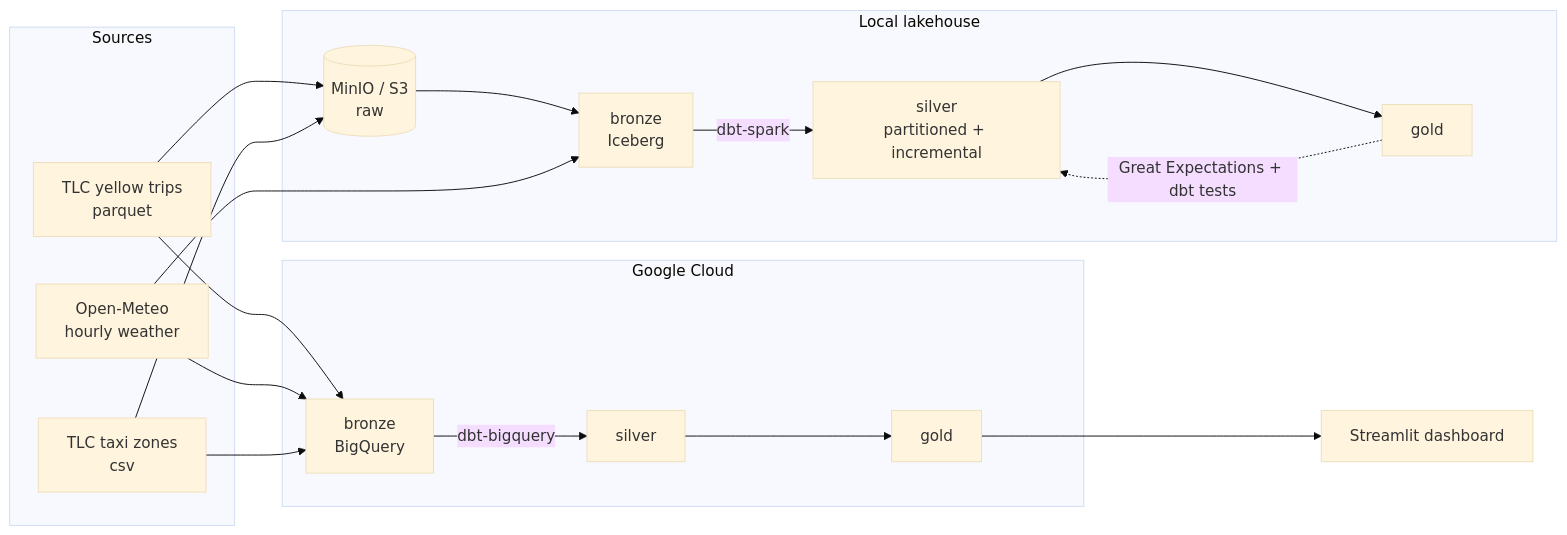
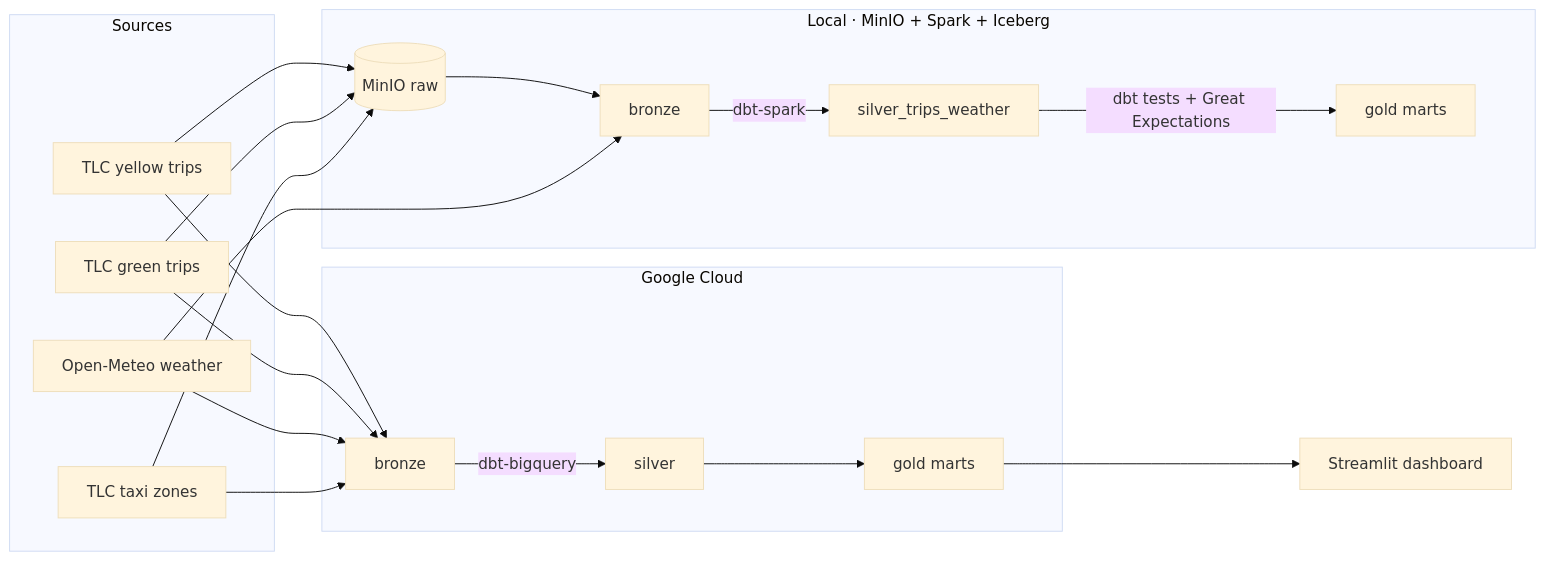
The diagram in README.md (Shubhangi-Mittal/nyc-taxi-weather-lakehouse), drawn with Mermaid (base theme) before and after one commit. The commit also changed other lines of this file, not shown here.

````diff
--- a/README.md
+++ b/README.md
@@ -42,37 +45,40 @@
 ```mermaid
 flowchart LR
     subgraph SRC[Sources]
-        TLC[TLC yellow trips<br/>parquet]
-        OM[Open-Meteo<br/>hourly weather]
-        TZ[TLC taxi zones<br/>csv]
+        Y[TLC yellow trips]
+        GR[TLC green trips]
+        OM[Open-Meteo weather]
+        TZ[TLC taxi zones]
     end
 
-    subgraph LOCAL[Local lakehouse]
-        MINIO[(MinIO / S3<br/>raw)]
-        BZ[bronze<br/>Iceberg]
-        SV[silver<br/>partitioned + incremental]
-        GD[gold]
+    subgraph LOCAL[Local · MinIO + Spark + Iceberg]
+        RAW[(MinIO raw)]
+        BZ[bronze]
+        SV[silver_trips_weather]
+        GD[gold marts]
     end
 
     subgraph CLOUD[Google Cloud]
-        BQB[bronze<br/>BigQuery]
+        BQB[bronze]
         BQS[silver]
-        BQG[gold]
+        BQG[gold marts]
     end
 
     DASH[Streamlit dashboard]
 
-    TLC --> MINIO
-    TZ --> MINIO
-    MINIO --> BZ
+    Y --> RAW
+    GR --> RAW
+    TZ --> RAW
+    RAW --> BZ
     OM --> BZ
-    BZ -->|dbt-spark| SV --> GD
+    BZ -->|dbt-spark| SV
+    SV -->|dbt tests + Great Expectations| GD
 
-    TLC --> BQB
+    Y --> BQB
+    GR --> BQB
     OM --> BQB
     TZ --> BQB
-    BQB -->|dbt-bigquery| BQS --> BQG
-
-    GD -.->|Great Expectations + dbt tests| SV
+    BQB -->|dbt-bigquery| BQS
+    BQS --> BQG
     BQG --> DASH
 ```
````
